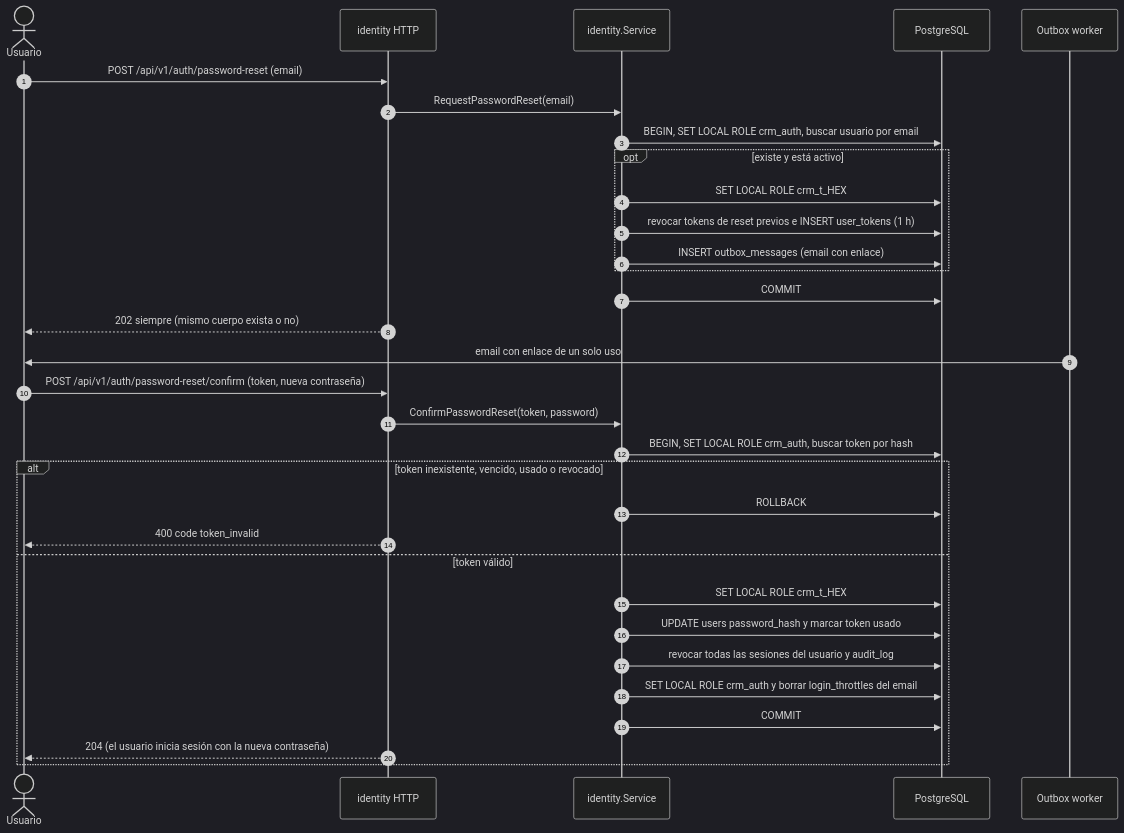
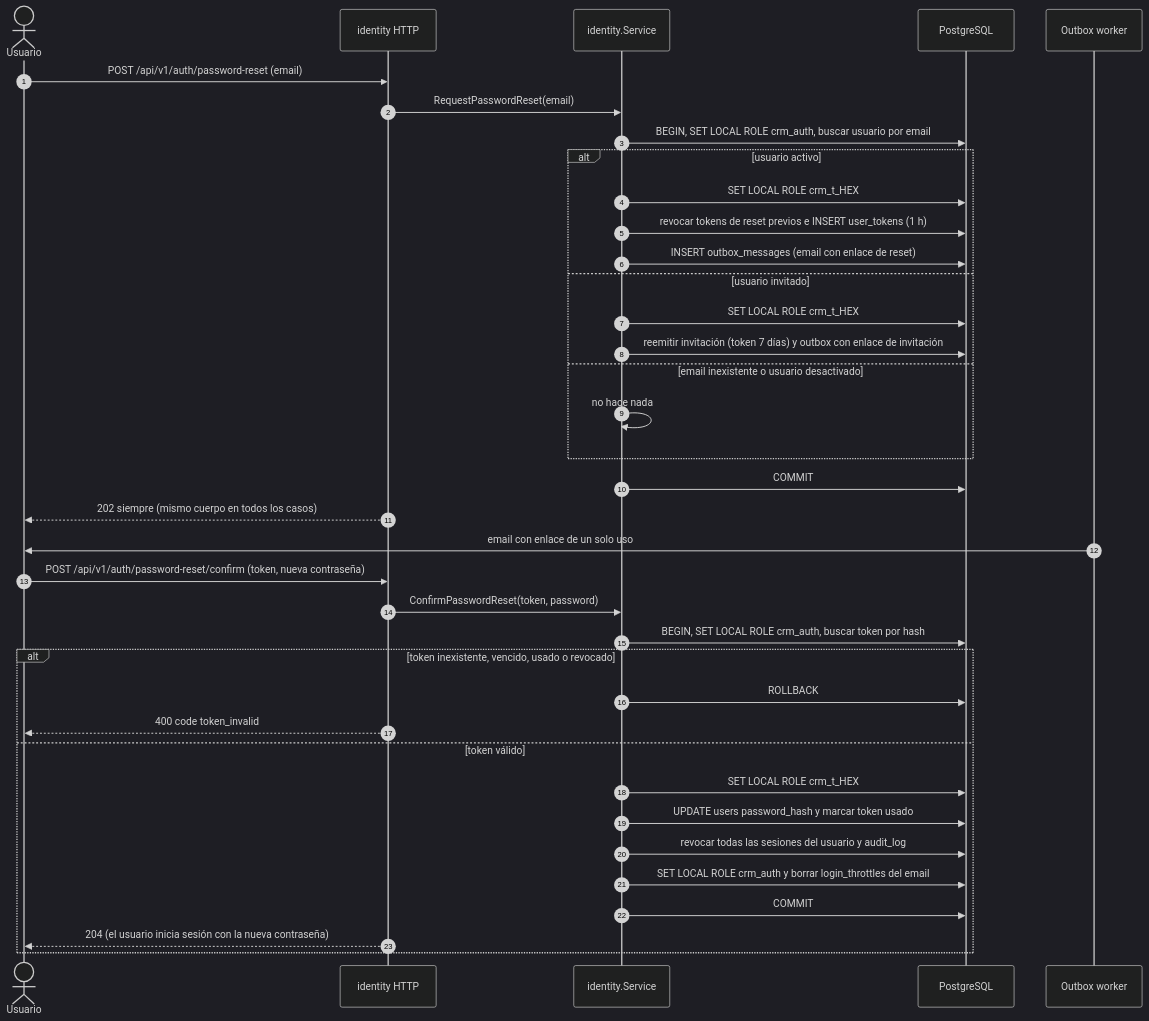
The fourth of 9 diagrams in specs/001-empresas-usuarios/plan.md (fdelillo/crm), drawn with Mermaid (dark theme) before and after one commit. The commit also changed other lines of this file and 6 other files, not shown here.

````diff
--- a/specs/001-empresas-usuarios/plan.md
+++ b/specs/001-empresas-usuarios/plan.md
@@ -308,36 +313,41 @@
 ```mermaid
 sequenceDiagram
     autonumber
     actor U as Usuario
     participant H as identity HTTP
     participant S as identity.Service
     participant DB as PostgreSQL
     participant W as Outbox worker
 
     U->>H: POST /api/v1/auth/password-reset (email)
     H->>S: RequestPasswordReset(email)
     S->>DB: BEGIN, SET LOCAL ROLE crm_auth, buscar usuario por email
-    opt existe y está activo
+    alt usuario activo
         S->>DB: SET LOCAL ROLE crm_t_HEX
         S->>DB: revocar tokens de reset previos e INSERT user_tokens (1 h)
-        S->>DB: INSERT outbox_messages (email con enlace)
+        S->>DB: INSERT outbox_messages (email con enlace de reset)
+    else usuario invitado
+        S->>DB: SET LOCAL ROLE crm_t_HEX
+        S->>DB: reemitir invitación (token 7 días) y outbox con enlace de invitación
+    else email inexistente o usuario desactivado
+        S->>S: no hace nada
     end
     S->>DB: COMMIT
-    H-->>U: 202 siempre (mismo cuerpo exista o no)
+    H-->>U: 202 siempre (mismo cuerpo en todos los casos)
     W->>U: email con enlace de un solo uso
 
     U->>H: POST /api/v1/auth/password-reset/confirm (token, nueva contraseña)
     H->>S: ConfirmPasswordReset(token, password)
     S->>DB: BEGIN, SET LOCAL ROLE crm_auth, buscar token por hash
     alt token inexistente, vencido, usado o revocado
         S->>DB: ROLLBACK
         H-->>U: 400 code token_invalid
     else token válido
         S->>DB: SET LOCAL ROLE crm_t_HEX
         S->>DB: UPDATE users password_hash y marcar token usado
         S->>DB: revocar todas las sesiones del usuario y audit_log
         S->>DB: SET LOCAL ROLE crm_auth y borrar login_throttles del email
         S->>DB: COMMIT
         H-->>U: 204 (el usuario inicia sesión con la nueva contraseña)
     end
 ```
````
